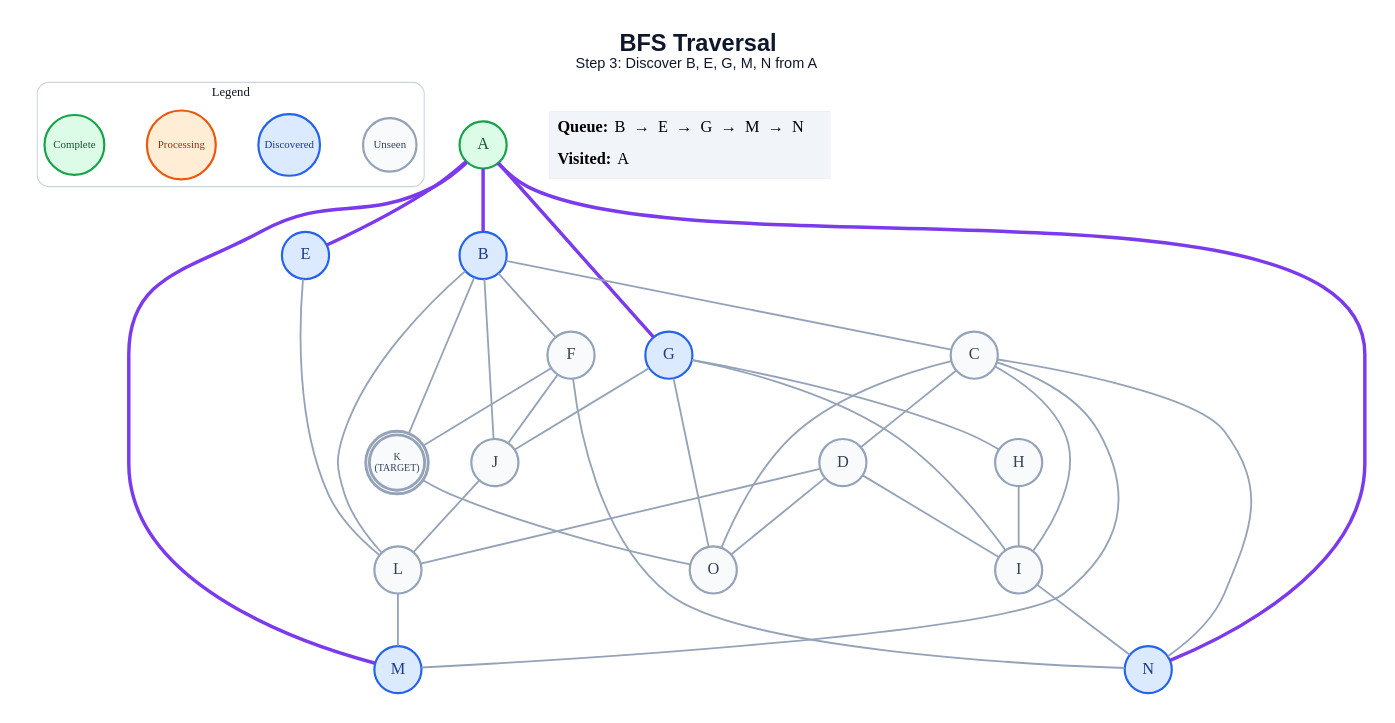
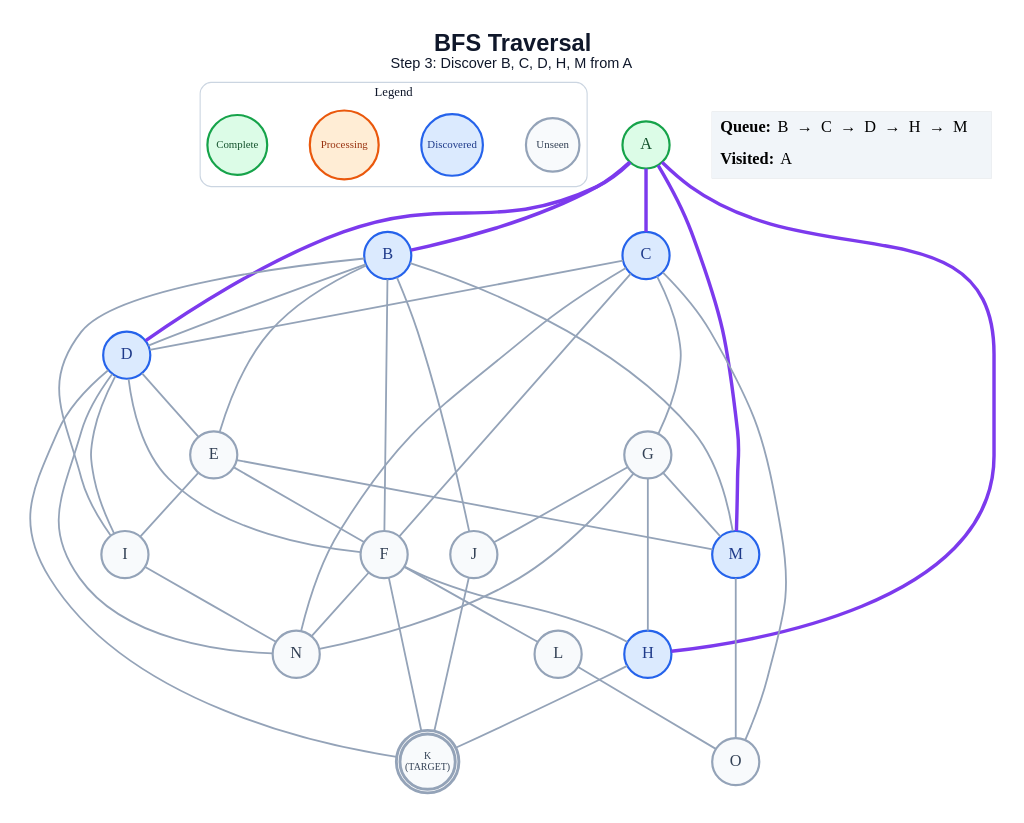
Before and after one commit to anon7238593-create/ai-slop: the diagram in generated/bfs/step_03.dot, drawn with Graphviz. The commit also changed 259 other files, not shown here.

```diff
--- a/generated/bfs/step_03.dot
+++ b/generated/bfs/step_03.dot
@@ -1,65 +1,71 @@
 graph traversal {
   graph [layout=dot, rankdir=TB, bgcolor="#FFFFFF", pad="0.35", nodesep="0.65", ranksep="0.8", fontname="Arial"];
   node [shape=circle, style="filled", fontname="Arial Bold", fontsize=18, width=0.72, fixedsize=true, penwidth=2.4];
   edge [color="#94A3B8", penwidth=2.0];
-  label=<<B>BFS Traversal</B><BR/><FONT POINT-SIZE="16">Step 3: Discover B, E, G, M, N from A</FONT>>; labelloc="t"; fontsize=26; fontname="Arial"; fontcolor="#0F172A";
+  label=<<B>BFS Traversal</B><BR/><FONT POINT-SIZE="16">Step 3: Discover B, C, D, H, M from A</FONT>>; labelloc="t"; fontsize=26; fontname="Arial"; fontcolor="#0F172A";
   subgraph cluster_legend { label="Legend"; color="#CBD5E1"; penwidth=1.2; style="rounded"; fontsize=14; fontname="Arial Bold";
     key_unseen [label="Unseen", fillcolor="#F8FAFC", color="#94A3B8", fontcolor="#334155", fontsize=12, width=0.82];
     key_frontier [label="Discovered", fillcolor="#DBEAFE", color="#2563EB", fontcolor="#1E3A8A", fontsize=12, width=0.95];
     key_current [label="Processing", fillcolor="#FFEDD5", color="#EA580C", fontcolor="#9A3412", fontsize=12, width=1.05];
     key_done [label="Complete", fillcolor="#DCFCE7", color="#16A34A", fontcolor="#14532D", fontsize=12, width=0.92];
     { rank=same; key_unseen; key_frontier; key_current; key_done; }
   }
   A [label="A", fillcolor="#DCFCE7", color="#16A34A", fontcolor="#14532D", peripheries=1, penwidth=2.4];
   B [label="B", fillcolor="#DBEAFE", color="#2563EB", fontcolor="#1E3A8A", peripheries=1, penwidth=2.4];
-  C [label="C", fillcolor="#F8FAFC", color="#94A3B8", fontcolor="#334155", peripheries=1, penwidth=2.4];
-  D [label="D", fillcolor="#F8FAFC", color="#94A3B8", fontcolor="#334155", peripheries=1, penwidth=2.4];
-  E [label="E", fillcolor="#DBEAFE", color="#2563EB", fontcolor="#1E3A8A", peripheries=1, penwidth=2.4];
+  C [label="C", fillcolor="#DBEAFE", color="#2563EB", fontcolor="#1E3A8A", peripheries=1, penwidth=2.4];
+  D [label="D", fillcolor="#DBEAFE", color="#2563EB", fontcolor="#1E3A8A", peripheries=1, penwidth=2.4];
+  E [label="E", fillcolor="#F8FAFC", color="#94A3B8", fontcolor="#334155", peripheries=1, penwidth=2.4];
   F [label="F", fillcolor="#F8FAFC", color="#94A3B8", fontcolor="#334155", peripheries=1, penwidth=2.4];
-  G [label="G", fillcolor="#DBEAFE", color="#2563EB", fontcolor="#1E3A8A", peripheries=1, penwidth=2.4];
-  H [label="H", fillcolor="#F8FAFC", color="#94A3B8", fontcolor="#334155", peripheries=1, penwidth=2.4];
+  G [label="G", fillcolor="#F8FAFC", color="#94A3B8", fontcolor="#334155", peripheries=1, penwidth=2.4];
+  H [label="H", fillcolor="#DBEAFE", color="#2563EB", fontcolor="#1E3A8A", peripheries=1, penwidth=2.4];
   I [label="I", fillcolor="#F8FAFC", color="#94A3B8", fontcolor="#334155", peripheries=1, penwidth=2.4];
   J [label="J", fillcolor="#F8FAFC", color="#94A3B8", fontcolor="#334155", peripheries=1, penwidth=2.4];
   K [label="K\n(TARGET)", fillcolor="#F8FAFC", color="#94A3B8", fontcolor="#334155", peripheries=2, penwidth=3.2, fontsize=11, width=0.85, height=0.85];
   L [label="L", fillcolor="#F8FAFC", color="#94A3B8", fontcolor="#334155", peripheries=1, penwidth=2.4];
   M [label="M", fillcolor="#DBEAFE", color="#2563EB", fontcolor="#1E3A8A", peripheries=1, penwidth=2.4];
-  N [label="N", fillcolor="#DBEAFE", color="#2563EB", fontcolor="#1E3A8A", peripheries=1, penwidth=2.4];
+  N [label="N", fillcolor="#F8FAFC", color="#94A3B8", fontcolor="#334155", peripheries=1, penwidth=2.4];
   O [label="O", fillcolor="#F8FAFC", color="#94A3B8", fontcolor="#334155", peripheries=1, penwidth=2.4];
   A -- B [color="#7C3AED", penwidth=3.8];
-  A -- E [color="#7C3AED", penwidth=3.8];
-  A -- G [color="#7C3AED", penwidth=3.8];
+  A -- C [color="#7C3AED", penwidth=3.8];
+  A -- D [color="#7C3AED", penwidth=3.8];
+  A -- H [color="#7C3AED", penwidth=3.8];
   A -- M [color="#7C3AED", penwidth=3.8];
-  A -- N [color="#7C3AED", penwidth=3.8];
-  B -- C;
+  B -- D;
+  B -- E;
   B -- F;
+  B -- I;
   B -- J;
-  B -- K;
-  B -- L;
+  B -- M;
   C -- D;
-  C -- I;
-  C -- M;
+  C -- F;
+  C -- G;
   C -- N;
   C -- O;
+  D -- E;
+  D -- F;
   D -- I;
-  D -- L;
-  D -- O;
-  E -- L;
-  F -- J;
+  D -- K;
+  D -- N;
+  E -- F;
+  E -- I;
+  E -- M;
+  F -- H;
   F -- K;
+  F -- L;
   F -- N;
   G -- H;
-  G -- I;
   G -- J;
-  G -- O;
-  H -- I;
+  G -- M;
+  G -- N;
+  H -- K;
   I -- N;
-  J -- L;
-  K -- O;
-  L -- M;
+  J -- K;
+  L -- O;
+  M -- O;
   status [shape=plain, fixedsize=false, width=0, height=0, margin=0, label=<
     <TABLE BORDER="0" CELLBORDER="0" CELLPADDING="7" BGCOLOR="#F1F5F9">
-      <TR><TD ALIGN="LEFT"><B>Queue:</B> B  →  E  →  G  →  M  →  N</TD></TR>
+      <TR><TD ALIGN="LEFT"><B>Queue:</B> B  →  C  →  D  →  H  →  M</TD></TR>
       <TR><TD ALIGN="LEFT"><B>Visited:</B> A</TD></TR>
     </TABLE>
   >];
 }
```
